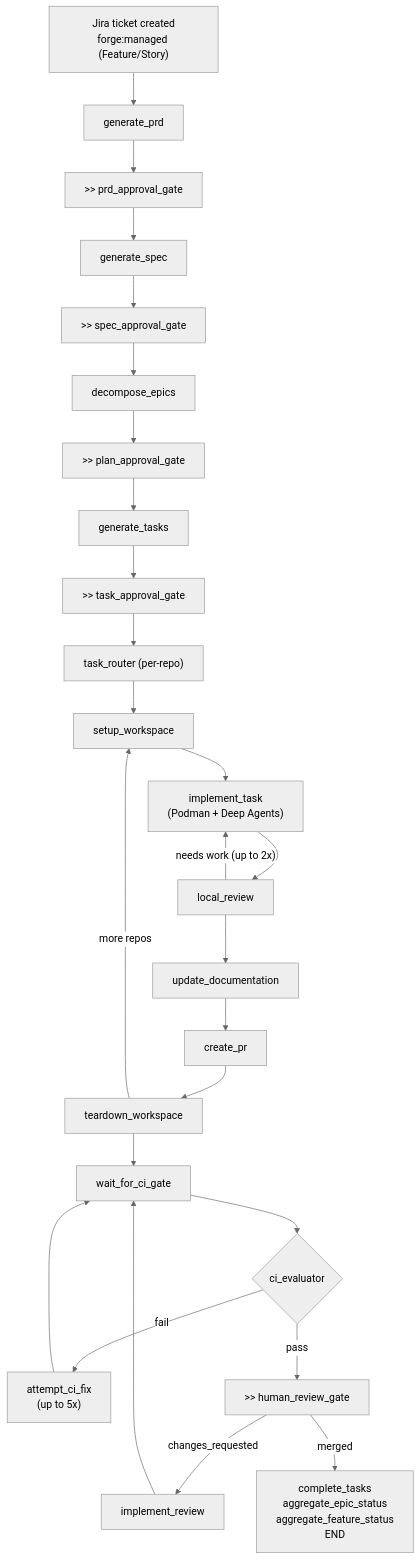
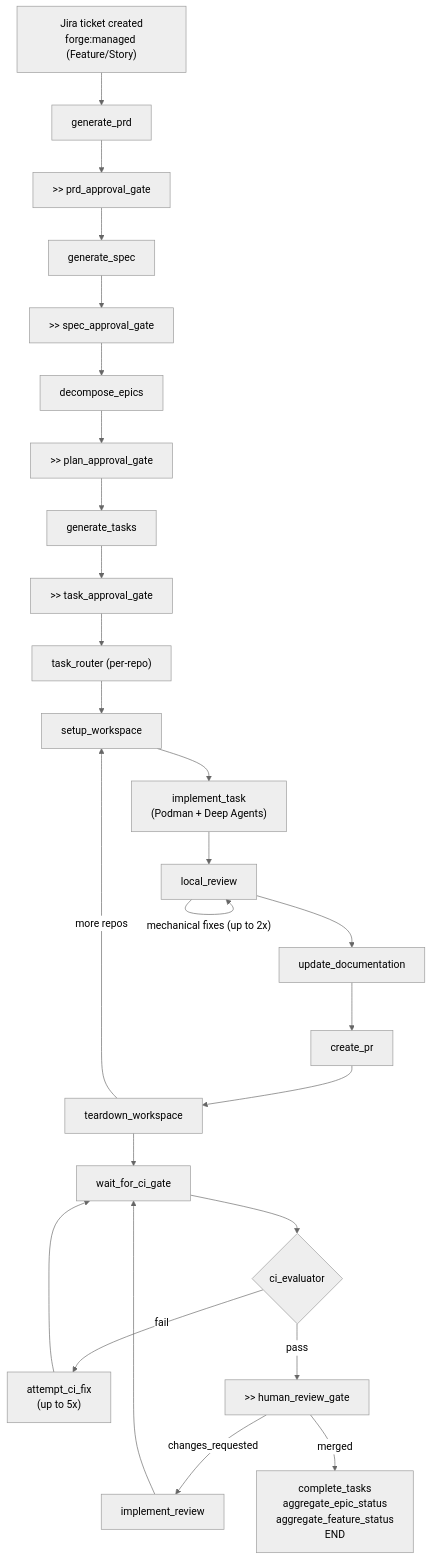
Before and after one commit to ekuris-redhat/forge: the second of 4 diagrams in docs/architecture.md, drawn with Mermaid (neutral theme). The commit also changed other lines of this file, not shown here.

````diff
--- a/docs/architecture.md
+++ b/docs/architecture.md
@@ -71,30 +71,30 @@
 ```mermaid
 flowchart TD
     A["Jira ticket created\nforge:managed (Feature/Story)"] --> B[generate_prd]
     B --> C[">> prd_approval_gate"]
     C --> D[generate_spec]
     D --> E[">> spec_approval_gate"]
     E --> F[decompose_epics]
     F --> G[">> plan_approval_gate"]
     G --> H[generate_tasks]
     H --> I[">> task_approval_gate"]
     I --> J["task_router (per-repo)"]
 
     J --> K[setup_workspace]
     K --> L["implement_task\n(Podman + Deep Agents)"]
     L --> M[local_review]
-    M -->|"needs work (up to 2x)"| L
+    M -->|"mechanical fixes (up to 2x)"| M
     M --> N[update_documentation]
     N --> O[create_pr]
     O --> P["teardown_workspace"]
     P -->|more repos| K
 
     P --> Q[wait_for_ci_gate]
     Q --> R{ci_evaluator}
     R -->|fail| S["attempt_ci_fix\n(up to 5x)"]
     S --> Q
     R -->|pass| T[">> human_review_gate"]
     T -->|changes_requested| U[implement_review]
     U --> Q
     T -->|merged| V["complete_tasks\naggregate_epic_status\naggregate_feature_status\nEND"]
 ```
````
